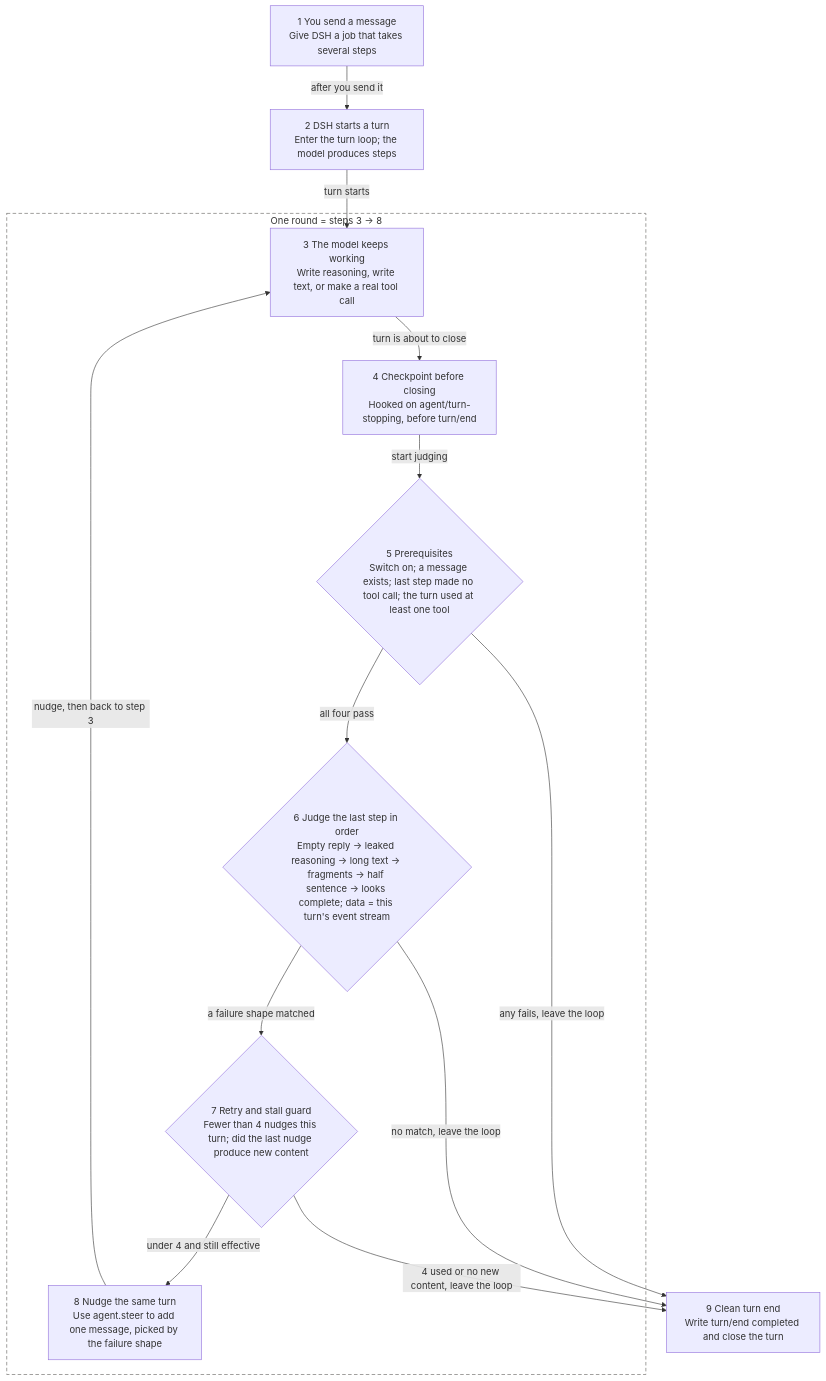
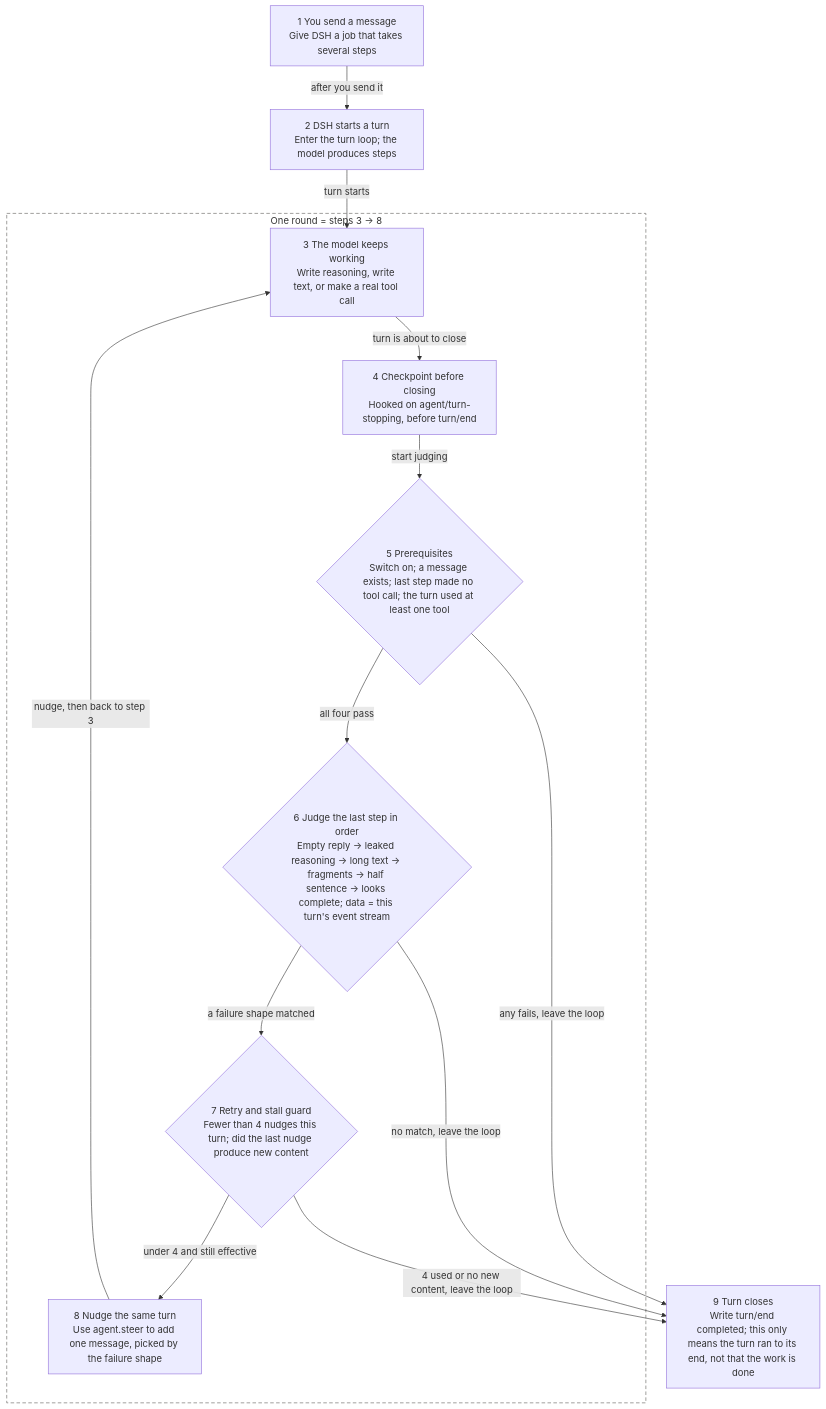
One commit to gpboyer2/dsh-toolcall-text-guard changed the diagram in README.en.md. Above: the diagram before and after it, drawn with Mermaid. The commit also changed other lines of this file and 1 other file, not shown here.

First line of the commit message:
fix(readme): 纠正「有 turn/end completed 才装」的说法，改为「活儿没干完却被当成说完了」

````diff
--- a/README.en.md
+++ b/README.en.md
@@ -37,27 +39,27 @@
 ```mermaid
 flowchart TD
     N1["1 You send a message<br/>Give DSH a job that takes several steps"]
     N2["2 DSH starts a turn<br/>Enter the turn loop; the model produces steps"]
     subgraph LOOP["One round = steps 3 → 8"]
         N3["3 The model keeps working<br/>Write reasoning, write text, or make a real tool call"]
         N4["4 Checkpoint before closing<br/>Hooked on agent/turn-stopping, before turn/end"]
         N5{"5 Prerequisites<br/>Switch on; a message exists; last step made no tool call; the turn used at least one tool"}
         N6{"6 Judge the last step in order<br/>Empty reply → leaked reasoning → long text → fragments → half sentence → looks complete; data = this turn's event stream"}
         N7{"7 Retry and stall guard<br/>Fewer than 4 nudges this turn; did the last nudge produce new content"}
         N8["8 Nudge the same turn<br/>Use agent.steer to add one message, picked by the failure shape"]
     end
-    N9["9 Clean turn end<br/>Write turn/end completed and close the turn"]
+    N9["9 Turn closes<br/>Write turn/end completed; this only means the turn ran to its end, not that the work is done"]
 
     N1 -->|after you send it| N2
     N2 -->|turn starts| N3
     N3 -->|turn is about to close| N4
     N4 -->|start judging| N5
     N5 -->|all four pass| N6
     N5 -->|any fails, leave the loop| N9
     N6 -->|a failure shape matched| N7
     N6 -->|no match, leave the loop| N9
     N7 -->|under 4 and still effective| N8
     N7 -->|4 used or no new content, leave the loop| N9
     N8 -->|nudge, then back to step 3| N3
     style LOOP fill:#ffffff,stroke:#5F5E5A,stroke-dasharray:6 4
 ```
````
